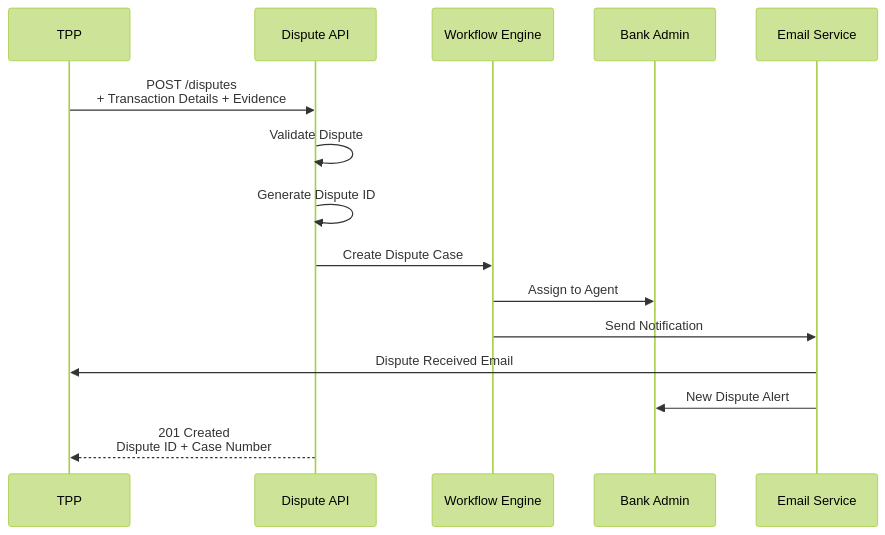
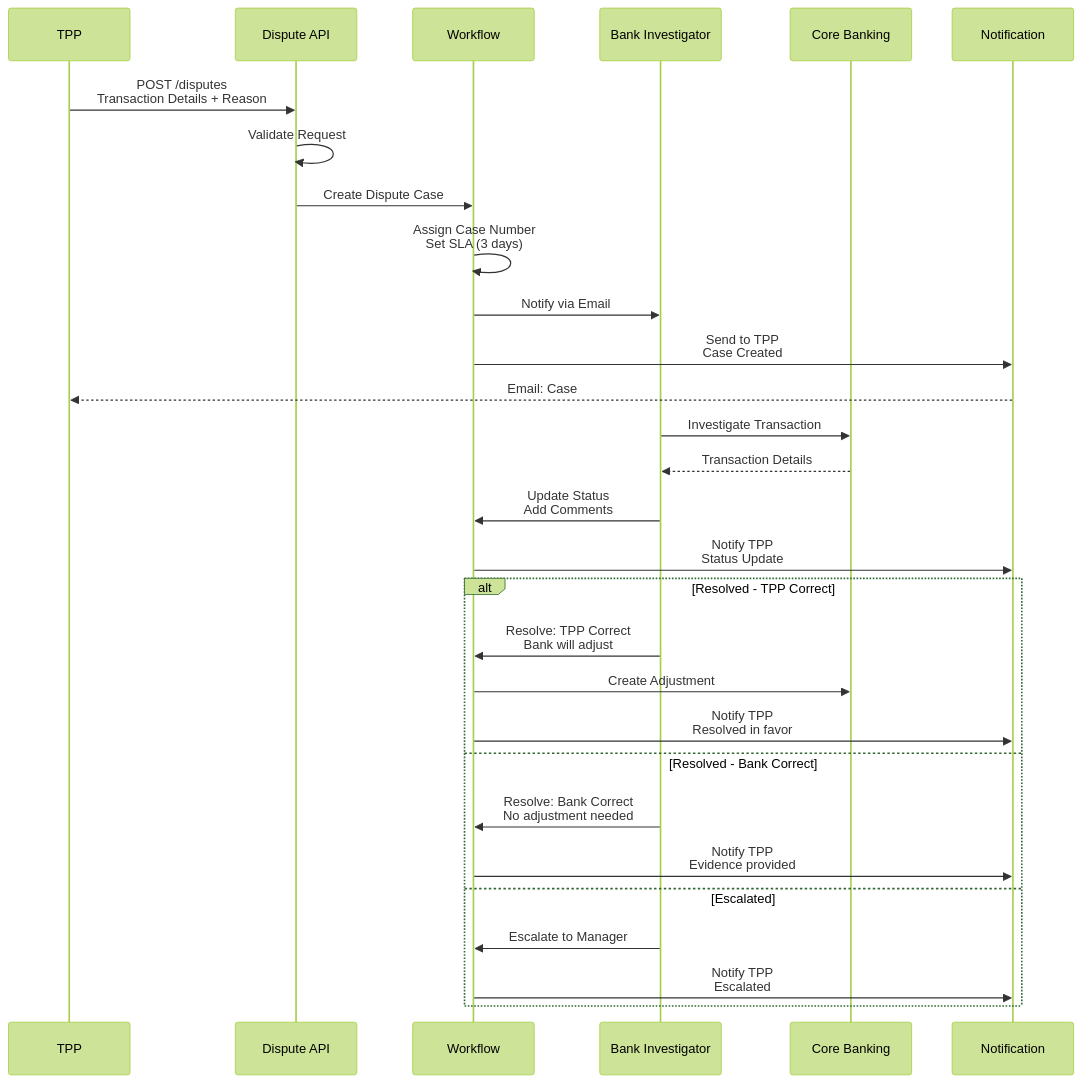
The fourth of 10 diagrams in 08-Doi-soat-va-Tra-soat.md (huuhoait/openbanking-vn-specs), drawn with Mermaid (forest theme) before and after one commit. The commit also changed other lines of this file and 14 other files, not shown here.

````diff
--- a/08-Doi-soat-va-Tra-soat.md
+++ b/08-Doi-soat-va-Tra-soat.md
@@ -434,20 +247,36 @@
 ```mermaid
 sequenceDiagram
-    participant TPP as TPP
+    participant TPP
     participant API as Dispute API
-    participant Workflow as Workflow Engine
-    participant Admin as Bank Admin
-    participant Email as Email Service
+    participant Workflow
+    participant Investigator as Bank Investigator
+    participant Core as Core Banking
+    participant Notification
     
-    TPP->>API: POST /disputes<br/>+ Transaction Details + Evidence
-    API->>API: Validate Dispute
-    API->>API: Generate Dispute ID
+    TPP->>API: POST /disputes<br/>Transaction Details + Reason
+    API->>API: Validate Request
     API->>Workflow: Create Dispute Case
+    Workflow->>Workflow: Assign Case Number<br/>Set SLA (3 days)
     
-    Workflow->>Admin: Assign to Agent
-    Workflow->>Email: Send Notification
-    Email->>TPP: Dispute Received Email
-    Email->>Admin: New Dispute Alert
+    Workflow->>Investigator: Notify via Email
+    Workflow->>Notification: Send to TPP<br/>Case Created
+    Notification-->>TPP: Email: Case #12345 Created
     
-    API-->>TPP: 201 Created<br/>Dispute ID + Case Number
+    Investigator->>Core: Investigate Transaction
+    Core-->>Investigator: Transaction Details
+    
+    Investigator->>Workflow: Update Status<br/>Add Comments
+    Workflow->>Notification: Notify TPP<br/>Status Update
+    
+    alt Resolved - TPP Correct
+        Investigator->>Workflow: Resolve: TPP Correct<br/>Bank will adjust
+        Workflow->>Core: Create Adjustment
+        Workflow->>Notification: Notify TPP<br/>Resolved in favor
+    else Resolved - Bank Correct
+        Investigator->>Workflow: Resolve: Bank Correct<br/>No adjustment needed
+        Workflow->>Notification: Notify TPP<br/>Evidence provided
+    else Escalated
+        Investigator->>Workflow: Escalate to Manager
+        Workflow->>Notification: Notify TPP<br/>Escalated
+    end
 ```
````
